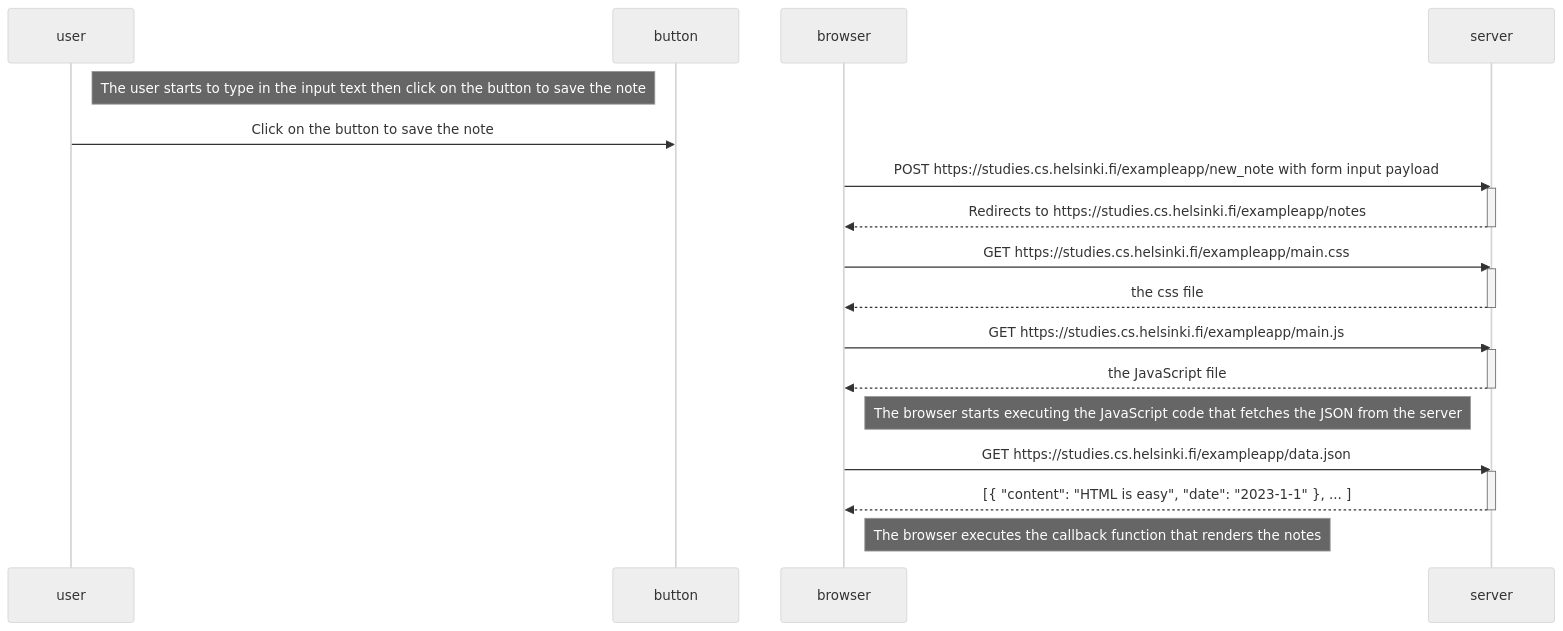
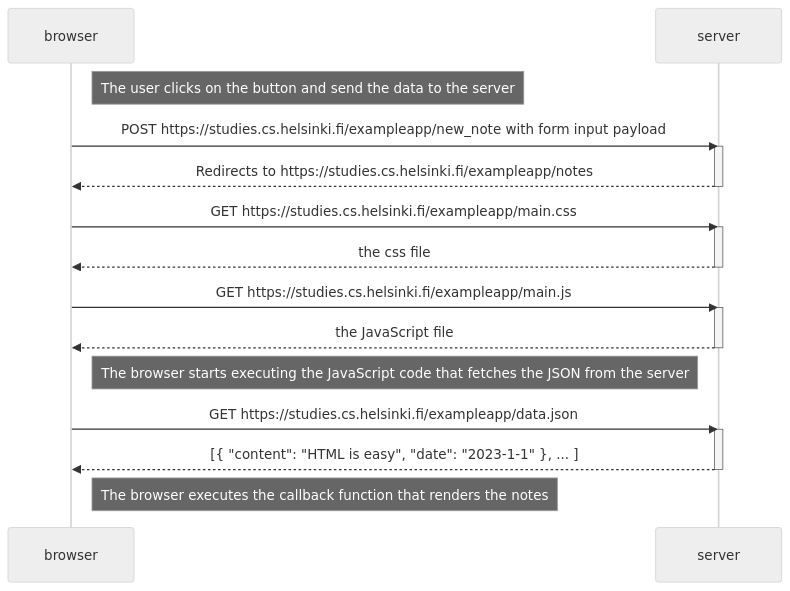
Before and after one commit to LucasMontecino/fullstackopen: the diagram in part0/Markdown.md, drawn with Mermaid (neutral theme).

Commit message:
Refactor mermaid sequence diagram to remove unnecessary participants and clarify user actions

````diff
--- a/part0/Markdown.md
+++ b/part0/Markdown.md
@@ -1,36 +1,31 @@
 ```mermaid
     sequenceDiagram
-    participant user
-    participant button
     participant browser
     participant server
 
-    Note right of user: The user starts to type in the input text then click on the button to save the note
-
-    user->>button: Click on the button to save the note
-    activate button
+    Note right of browser: The user clicks on the button and send the data to the server
 
     browser->>server: POST https://studies.cs.helsinki.fi/exampleapp/new_note with form input payload
     activate server
     server-->>browser: Redirects to https://studies.cs.helsinki.fi/exampleapp/notes
     deactivate server
 
     browser->>server: GET https://studies.cs.helsinki.fi/exampleapp/main.css
     activate server
     server-->>browser: the css file
     deactivate server
 
     browser->>server: GET https://studies.cs.helsinki.fi/exampleapp/main.js
     activate server
     server-->>browser: the JavaScript file
     deactivate server
 
     Note right of browser: The browser starts executing the JavaScript code that fetches the JSON from the server
 
     browser->>server: GET https://studies.cs.helsinki.fi/exampleapp/data.json
     activate server
     server-->>browser: [{ "content": "HTML is easy", "date": "2023-1-1" }, ... ]
     deactivate server
 
     Note right of browser: The browser executes the callback function that renders the notes
 ```
````
